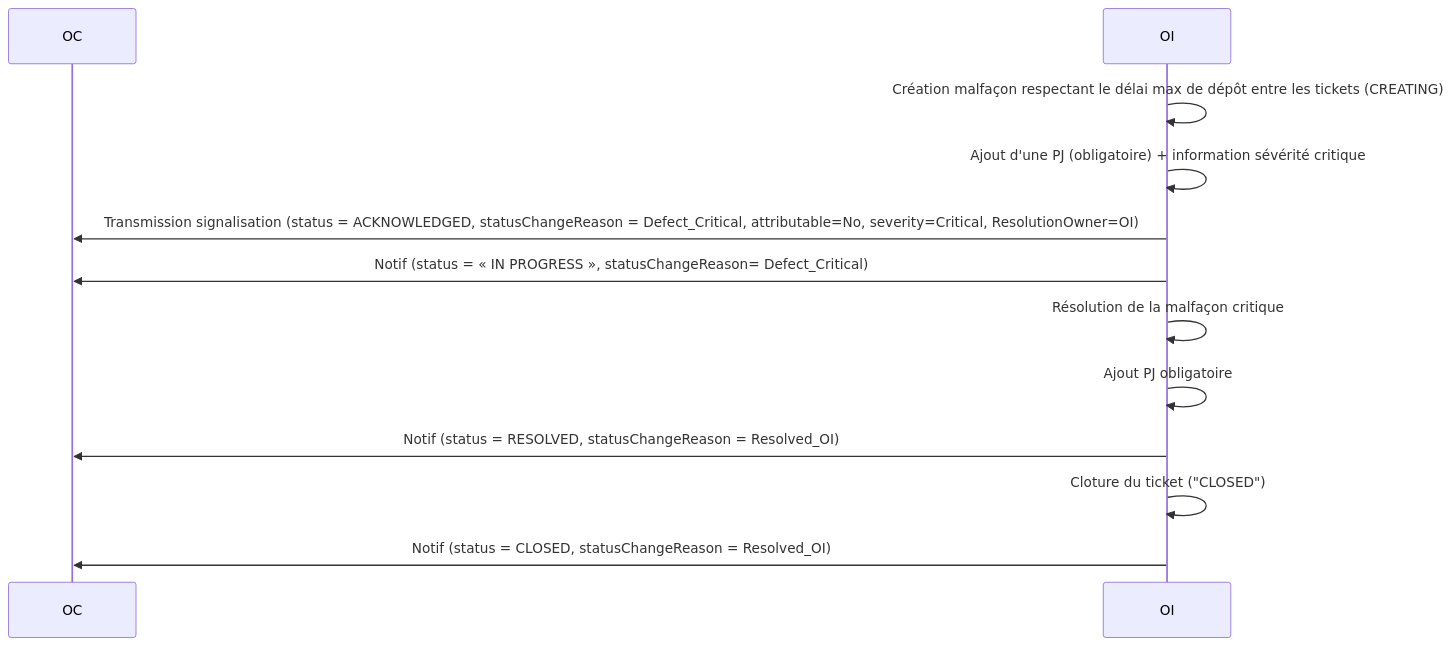
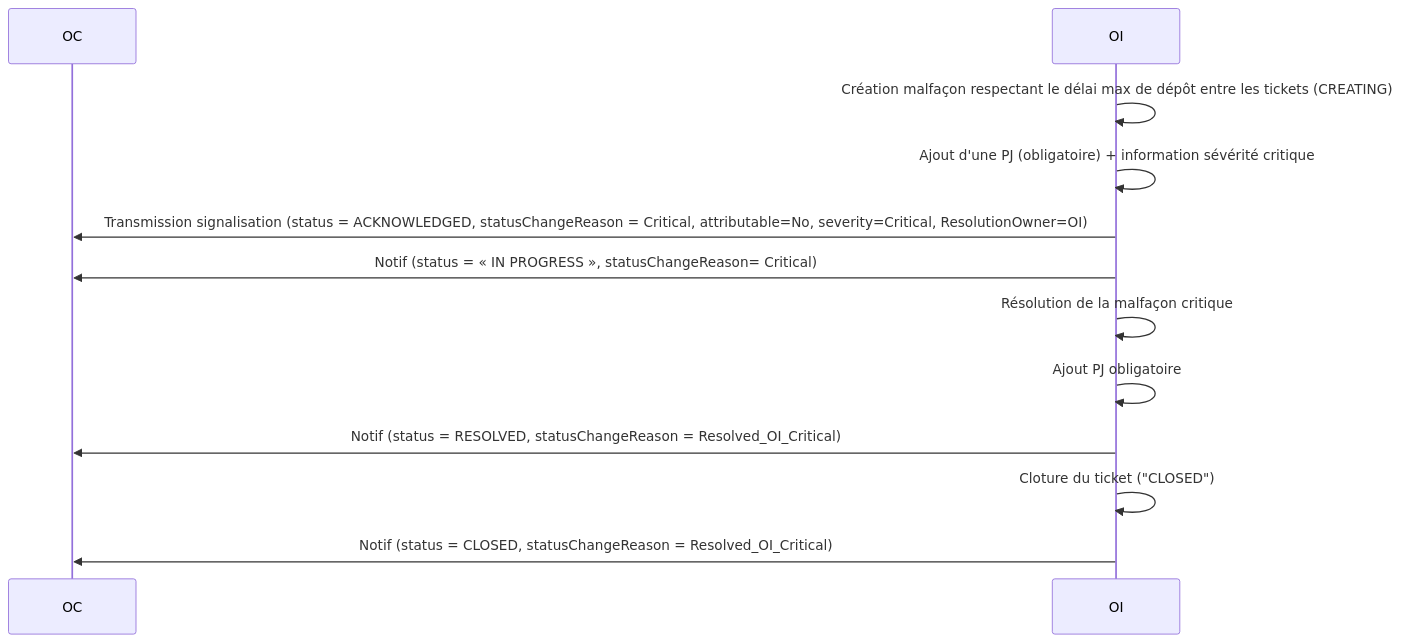
One commit to before-interop/malfacon changed diagram 11 of 12 in README.md. Above: the diagram before and after it, drawn with Mermaid. The commit also changed other lines of this file, not shown here.

````diff
--- a/README.md
+++ b/README.md
@@ -614,16 +614,16 @@
 ```mermaid
 sequenceDiagram
 
   participant OC
   participant OI
 
   OI->>OI: Création malfaçon respectant le délai max de dépôt entre les tickets (CREATING)
   OI->>OI: Ajout d'une PJ (obligatoire) + information sévérité critique
-  OI->>OC: Transmission signalisation (status = ACKNOWLEDGED, statusChangeReason = Defect_Critical, attributable=No, severity=Critical, ResolutionOwner=OI)
-  OI->>OC: Notif (status = « IN PROGRESS », statusChangeReason= Defect_Critical)
+  OI->>OC: Transmission signalisation (status = ACKNOWLEDGED, statusChangeReason = Critical, attributable=No, severity=Critical, ResolutionOwner=OI)
+  OI->>OC: Notif (status = « IN PROGRESS », statusChangeReason= Critical)
   OI->>OI: Résolution de la malfaçon critique
   OI->>OI: Ajout PJ obligatoire
-  OI->>OC: Notif (status = RESOLVED, statusChangeReason = Resolved_OI)
+  OI->>OC: Notif (status = RESOLVED, statusChangeReason = Resolved_OI_Critical)
   OI->>OI: Cloture du ticket ("CLOSED")
-  OI->>OC: Notif (status = CLOSED, statusChangeReason = Resolved_OI)
+  OI->>OC: Notif (status = CLOSED, statusChangeReason = Resolved_OI_Critical)
 ```
````
